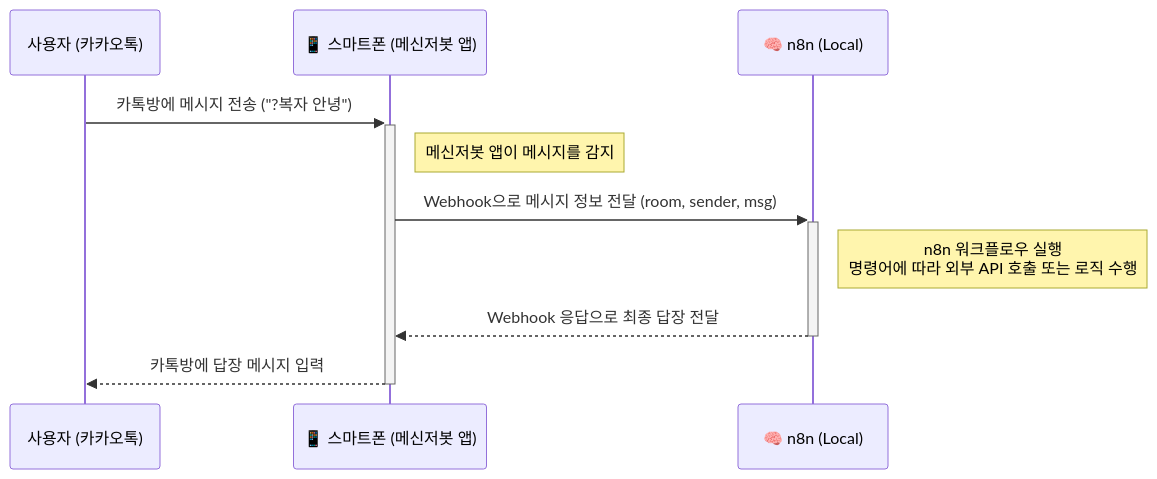
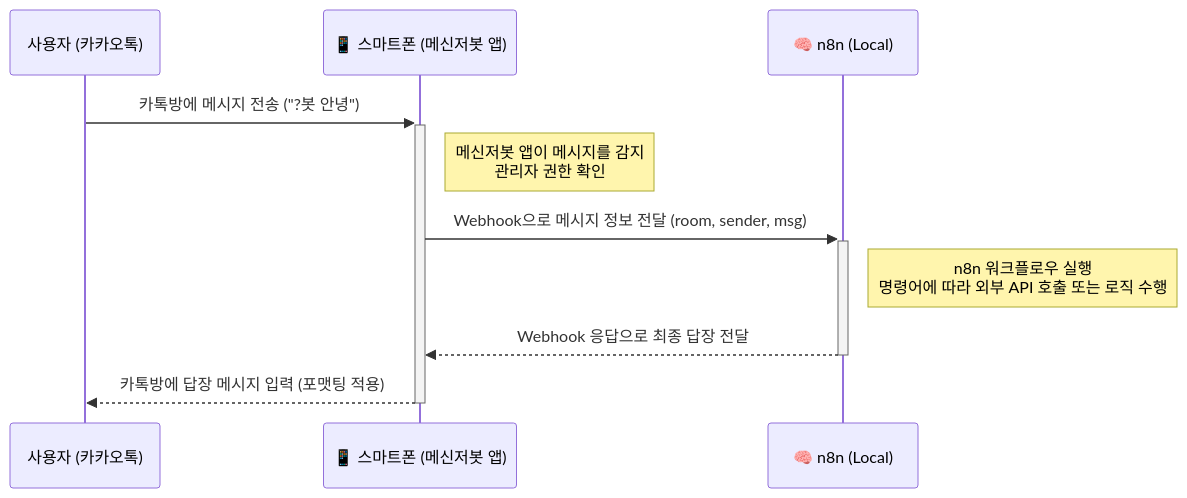
The diagram in README.md (hotorch/n8n-webhook-kakaotalk-msgbot-integration), drawn with Mermaid before and after one commit. The commit also changed other lines of this file and 3 other files, not shown here.

````diff
--- a/README.md
+++ b/README.md
@@ -53,13 +57,13 @@
 ```mermaid
 sequenceDiagram
     participant User as 사용자 (카카오톡)
     participant Phone as 📱 스마트폰 (메신저봇 앱)
     participant N8N as 🧠 n8n (Local)
 
-    User->>+Phone: 카톡방에 메시지 전송 ("?복자 안녕")
-    Note right of Phone: 메신저봇 앱이 메시지를 감지
+    User->>+Phone: 카톡방에 메시지 전송 ("?봇 안녕")
+    Note right of Phone: 메신저봇 앱이 메시지를 감지<br/>관리자 권한 확인
     Phone->>+N8N: Webhook으로 메시지 정보 전달 (room, sender, msg)
     Note right of N8N: n8n 워크플로우 실행<br/>명령어에 따라 외부 API 호출 또는 로직 수행
     N8N-->>-Phone: Webhook 응답으로 최종 답장 전달
-    Phone-->>-User: 카톡방에 답장 메시지 입력
+    Phone-->>-User: 카톡방에 답장 메시지 입력 (포맷팅 적용)
 ```
````
